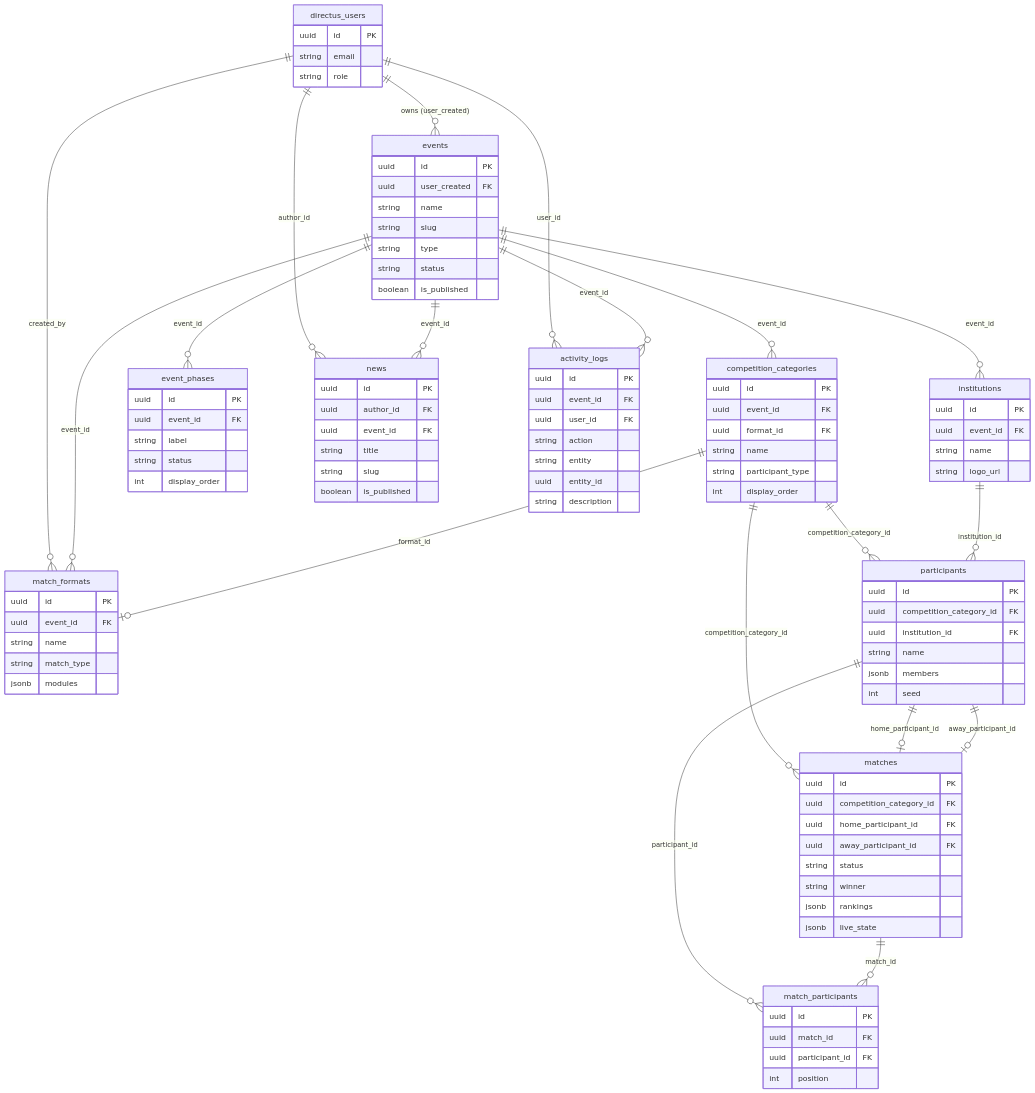
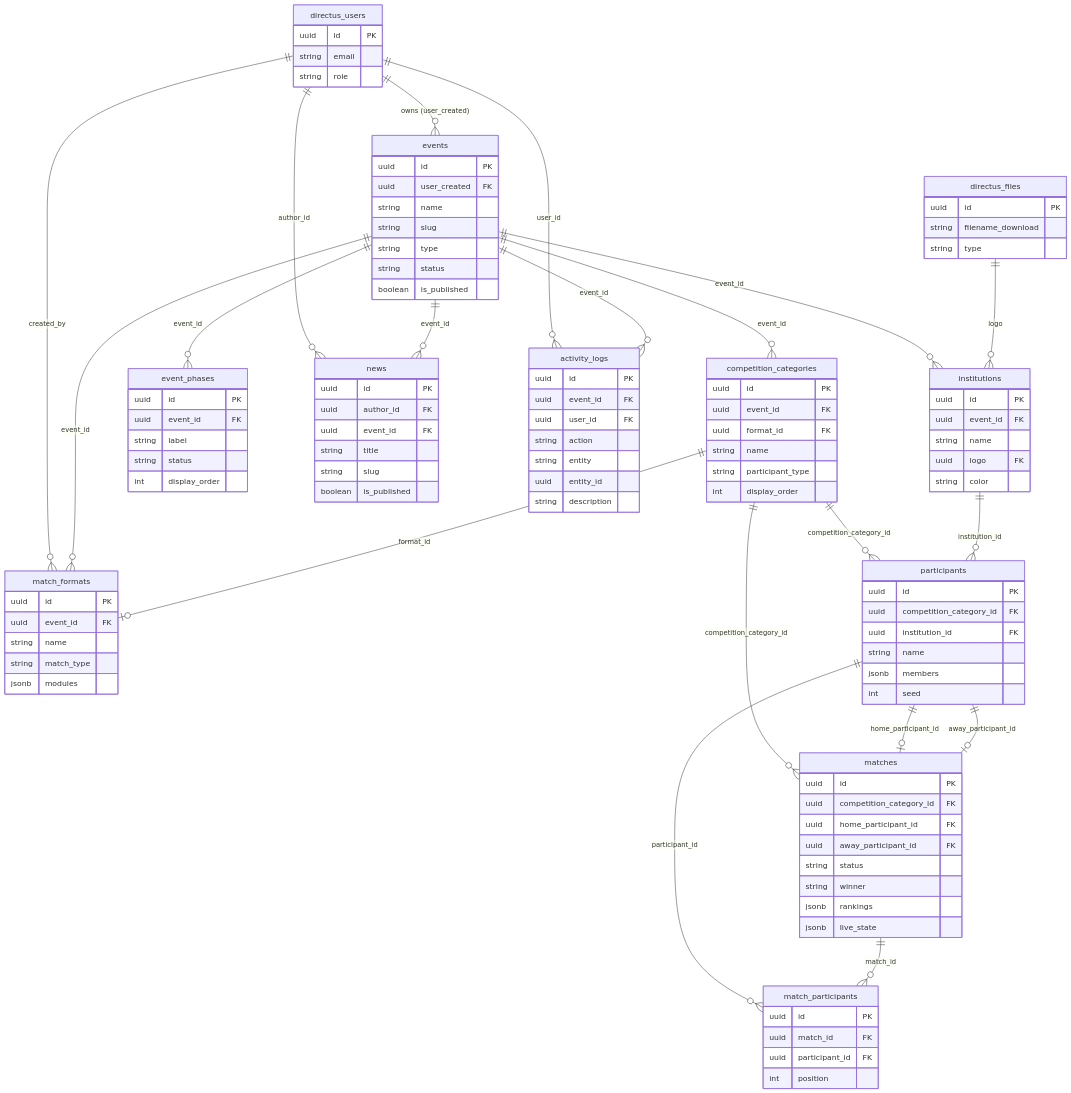
The diagram in schema.md (IWDCproject/IPB-LSA), drawn with Mermaid before and after one commit. The commit also changed other lines of this file and 7 other files, not shown here.

```diff
--- a/schema.md
+++ b/schema.md
@@ -173,7 +193,8 @@
         uuid id PK
         uuid event_id FK
         string name
-        string logo_url
+        uuid logo FK
+        string color
     }
 
     participants {
@@ -230,6 +251,12 @@
         string description
     }
 
+    directus_files {
+        uuid id PK
+        string filename_download
+        string type
+    }
+
     directus_users ||--o{ events : "owns (user_created)"
     directus_users ||--o{ match_formats : "created_by"
     directus_users ||--o{ news : "author_id"
@@ -247,6 +274,7 @@
     competition_categories ||--o{ matches : "competition_category_id"
 
     institutions ||--o{ participants : "institution_id"
+    directus_files ||--o{ institutions : "logo"
 
     participants ||--o| matches : "home_participant_id"
     participants ||--o| matches : "away_participant_id"
```
